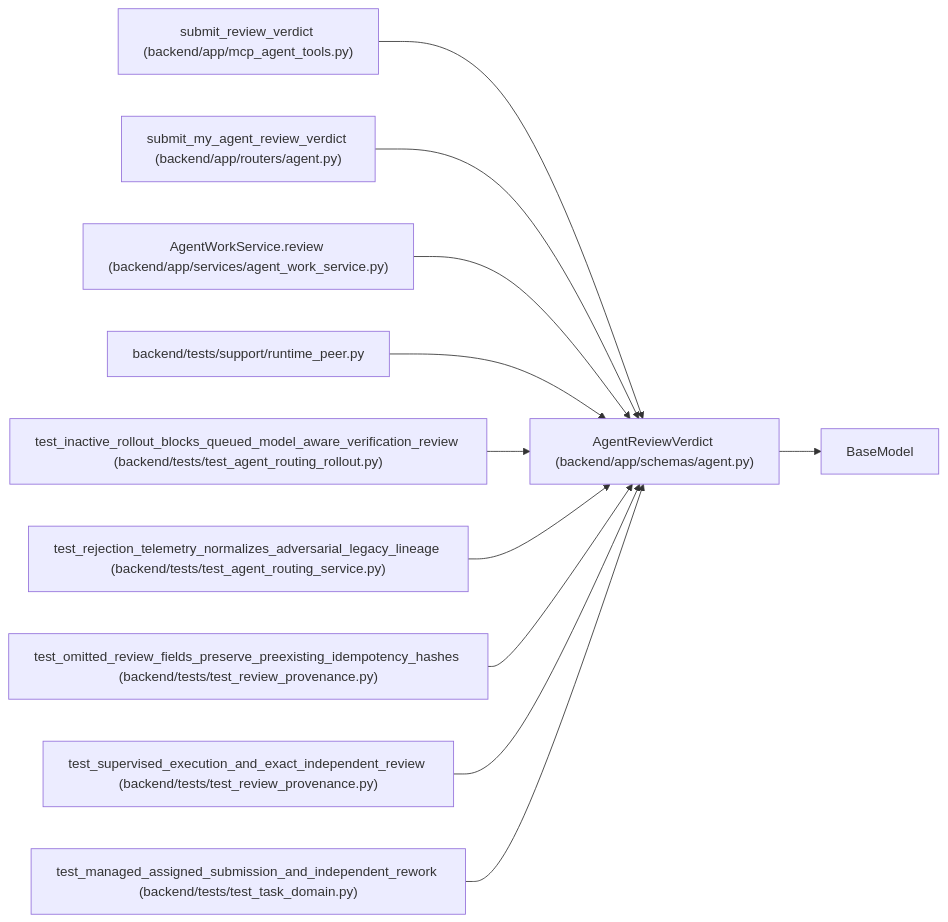
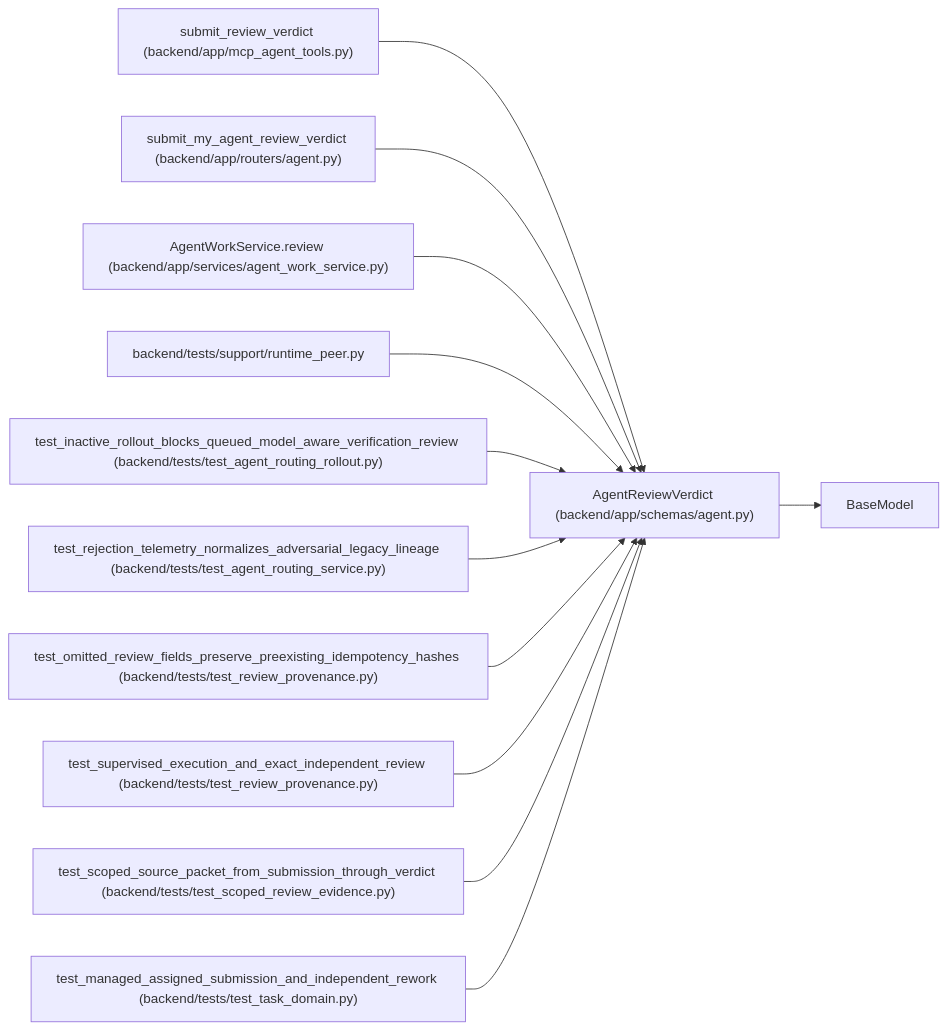
Before and after one commit to Denissvgn/WorkChord: the diagram in docs/llm_wiki/entities/AgentReviewVerdict.md, drawn with Mermaid. The commit also changed other lines of this file and 891 other files, not shown here.

Commit message:
Document candidate-bound evidence and independent review policy

````diff
--- a/docs/llm_wiki/entities/AgentReviewVerdict.md
+++ b/docs/llm_wiki/entities/AgentReviewVerdict.md
@@ -47,34 +48,37 @@
 ```mermaid
 flowchart LR
     n0["AgentReviewVerdict (backend/app/schemas/agent.py)"]
     n1["BaseModel"]
     n2["submit_review_verdict (backend/app/mcp_agent_tools.py)"]
     n3["submit_my_agent_review_verdict (backend/app/routers/agent.py)"]
     n4["AgentWorkService.review (backend/app/services/agent_work_service.py)"]
     n5["backend/tests/support/runtime_peer.py"]
     n6["test_inactive_rollout_blocks_queued_model_aware_verification_review (backend/tests/test_agent_routing_rollout.py)"]
     n7["test_rejection_telemetry_normalizes_adversarial_legacy_lineage (backend/tests/test_agent_routing_service.py)"]
     n8["test_omitted_review_fields_preserve_preexisting_idempotency_hashes (backend/tests/test_review_provenance.py)"]
     n9["test_supervised_execution_and_exact_independent_review (backend/tests/test_review_provenance.py)"]
-    n10["test_managed_assigned_submission_and_independent_rework (backend/tests/test_task_domain.py)"]
+    n10["test_scoped_source_packet_from_submission_through_verdict (backend/tests/test_scoped_review_evidence.py)"]
+    n11["test_managed_assigned_submission_and_independent_rework (backend/tests/test_task_domain.py)"]
     n0 --> n1
     n2 --> n0
     n3 --> n0
     n4 --> n0
     n5 --> n0
     n6 --> n0
     n7 --> n0
     n8 --> n0
     n9 --> n0
     n10 --> n0
+    n11 --> n0
     click n0 "../modules/schemas_agent.md"
     click n2 "../modules/mcp_agent_tools.md"
     click n3 "../modules/routers_agent.md"
     click n4 "../modules/agent_work_service.md"
     click n5 "../modules/runtime_peer.md"
     click n6 "../modules/test_agent_routing_rollout.md"
     click n7 "../modules/test_agent_routing_service.md"
     click n8 "../modules/test_review_provenance.md"
     click n9 "../modules/test_review_provenance.md"
-    click n10 "../modules/test_task_domain.md"
+    click n10 "../modules/test_scoped_review_evidence.md"
+    click n11 "../modules/test_task_domain.md"
 ```
````
